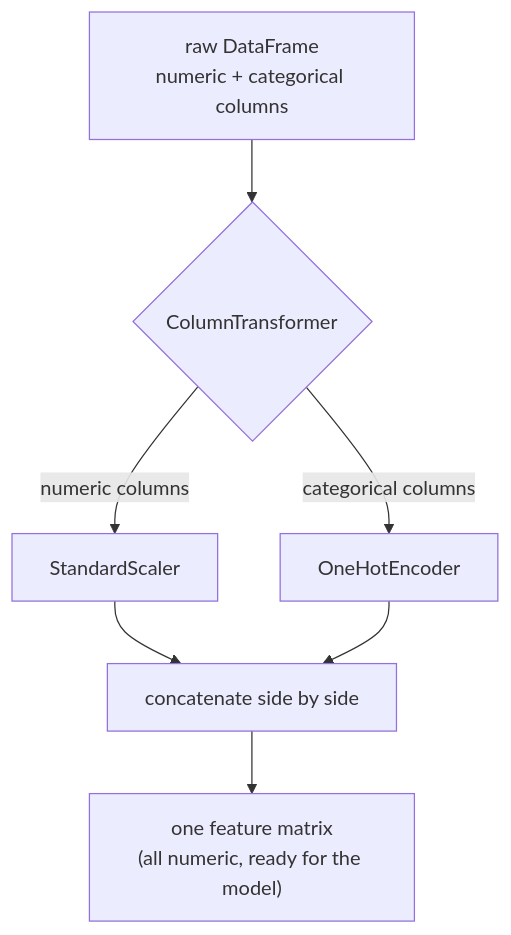
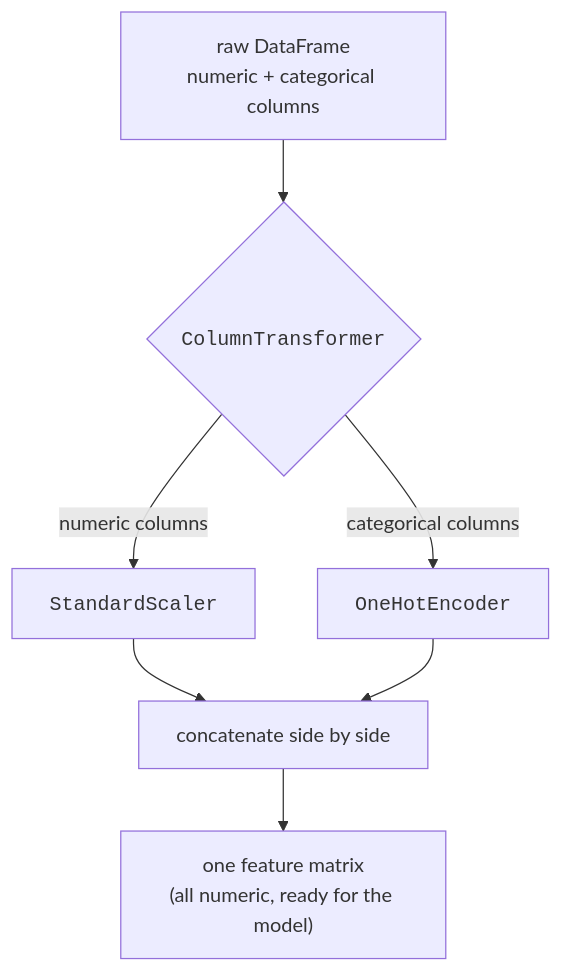
Before and after one commit to dataslope/dataslope: the third of 3 diagrams in content/learn/machine-learning-scikit-learn/pipelines-and-columntransformer.mdx, drawn with Mermaid. The commit also changed other lines of this file and 153 other files, not shown here.

First line of the commit message:
Render code-only mermaid shapes in monospace; convert step sequences to Steps

````diff
--- a/content/learn/machine-learning-scikit-learn/pipelines-and-columntransformer.mdx
+++ b/content/learn/machine-learning-scikit-learn/pipelines-and-columntransformer.mdx
@@ -224,9 +224,9 @@
 ```mermaid
 flowchart TD
-    R["raw DataFrame<br/>numeric + categorical columns"] --> CT{"ColumnTransformer"}
-    CT -->|"numeric columns"| S["StandardScaler"]
-    CT -->|"categorical columns"| O["OneHotEncoder"]
+    R["raw DataFrame<br/>numeric + categorical columns"] --> CT{"<code>ColumnTransformer</code>"}
+    CT -->|"numeric columns"| S["<code>StandardScaler</code>"]
+    CT -->|"categorical columns"| O["<code>OneHotEncoder</code>"]
     S --> J["concatenate side by side"]
     O --> J
     J --> M["one feature matrix<br/>(all numeric, ready for the model)"]
 ```
````
